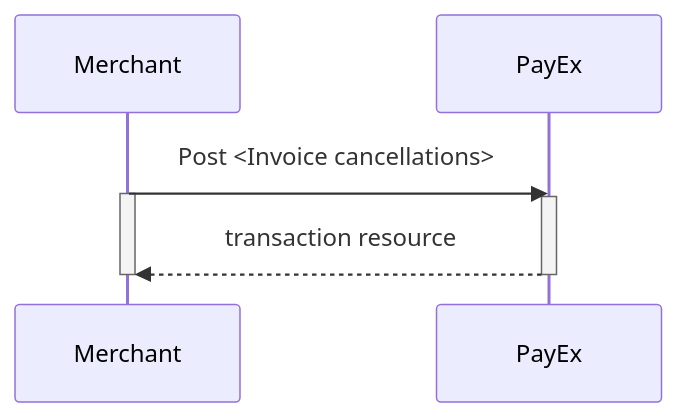
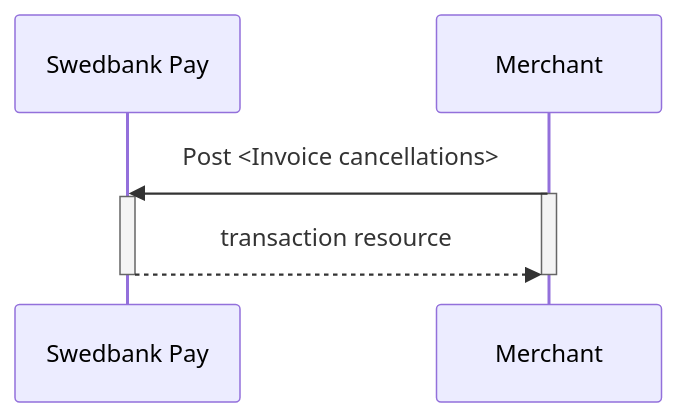
One commit to SwedbankPay/developer.swedbankpay.com changed the first of 2 diagrams in payments/invoice/after-payment.md. Above: the diagram before and after it, drawn with Mermaid. The commit also changed other lines of this file and 8 other files, not shown here.

Commit message:
DX-1089: Replace PayEx with Swedbank Pay

````diff
--- a/payments/invoice/after-payment.md
+++ b/payments/invoice/after-payment.md
@@ -104,9 +104,11 @@
 ```mermaid
 sequenceDiagram
-Merchant->>PayEx: Post <Invoice cancellations>
-activate Merchant
-activate PayEx
-PayEx-->>Merchant: transaction resource
-deactivate Merchant
-deactivate PayEx
+  participant SwedbankPay as Swedbank Pay
+
+  Merchant->>SwedbankPay: Post <Invoice cancellations>
+  activate Merchant
+  activate SwedbankPay
+  SwedbankPay-->>Merchant: transaction resource
+  deactivate Merchant
+  deactivate SwedbankPay
 ```
````
